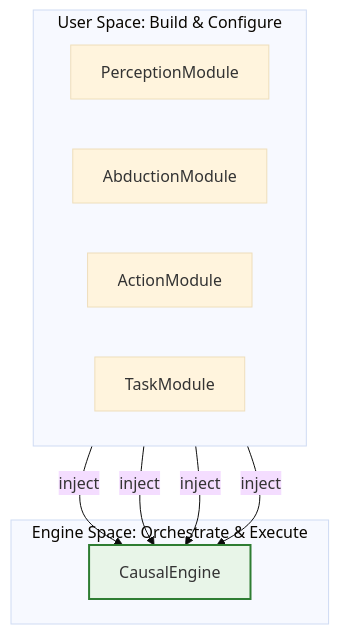
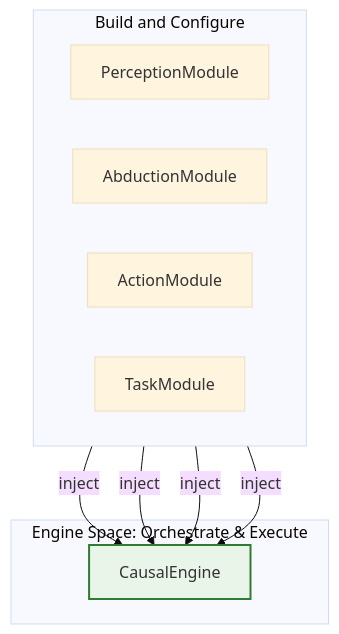
The diagram in README.md (1587causalai/causal-sklearn), drawn with Mermaid (base theme) before and after one commit. The commit also changed other lines of this file, not shown here.

````diff
--- a/README.md
+++ b/README.md
@@ -27,21 +27,21 @@
 ```mermaid
 graph TD
-    subgraph "User Space: Build & Configure"
+    subgraph "Build and Configure"
         direction LR
         A[PerceptionModule]
         B[AbductionModule]
         C[ActionModule]
         D[TaskModule]
     end
 
     subgraph "Engine Space: Orchestrate & Execute"
         E[CausalEngine]
     end
 
     A -- inject --> E
     B -- inject --> E
     C -- inject --> E
     D -- inject --> E
 
     style E fill:#e8f5e8,stroke:#2e7d32,stroke-width:2px
 ```
````
